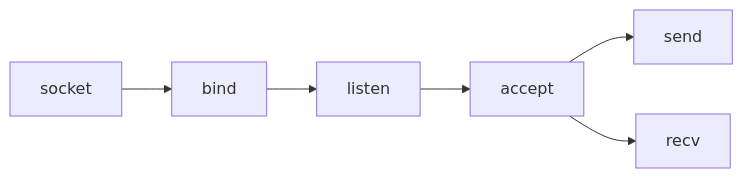
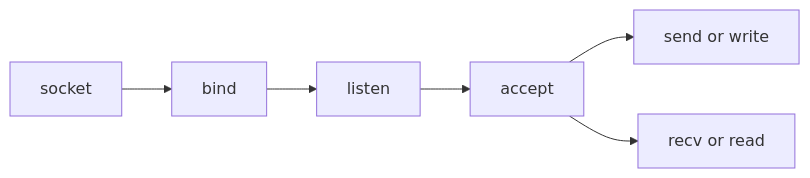
Before and after one commit to ChoiWheatley/ChoiWheatley.github.io: the second of 2 diagrams in docs/Socket Programming C API.md, drawn with Mermaid. The commit also changed other lines of this file and 3 other files, not shown here.

````diff
--- a/docs/Socket Programming C API.md
+++ b/docs/Socket Programming C API.md
@@ -34,8 +38,8 @@
 ```mermaid
 graph LR;
 socket --> bind
 bind --> listen
 listen --> accept
-accept --> send
-accept --> recv
+accept --> id1["send or write"]
+accept --> id2["recv or read"]
 ```
````
